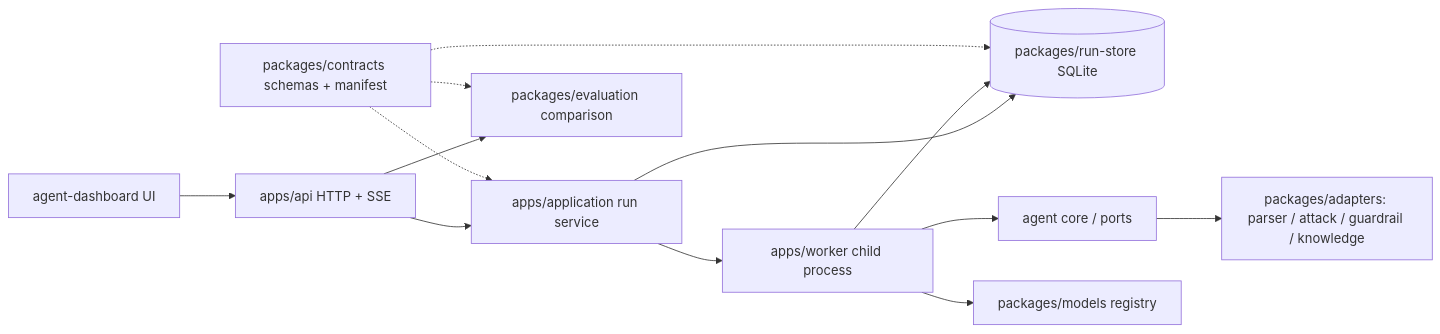
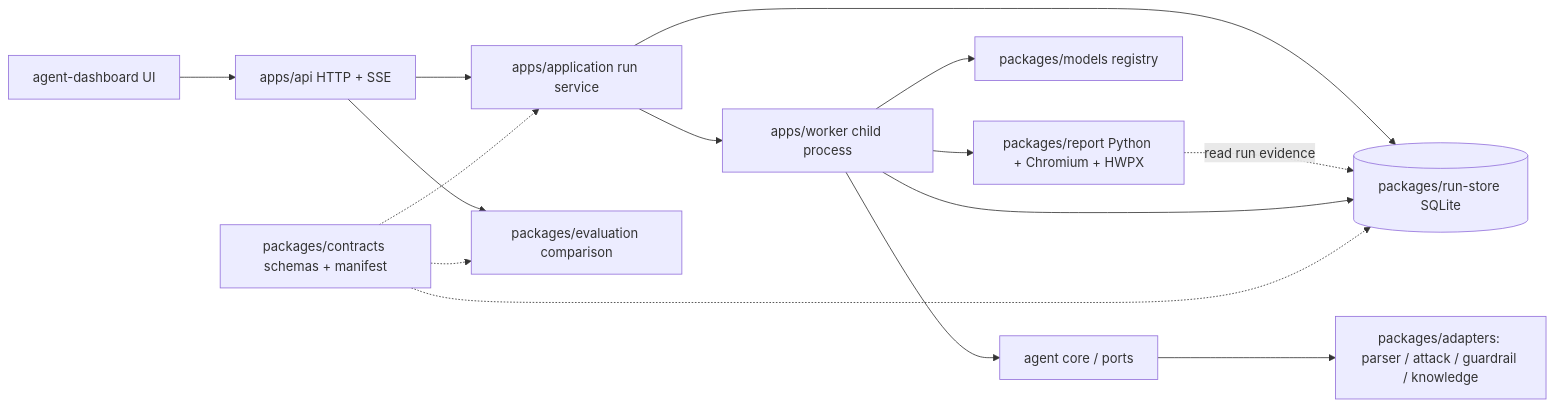
One commit to typemnm/FSL-CA3P changed the diagram in docs/ARCHITECTURE.md. Above: the diagram before and after it, drawn with Mermaid. The commit also changed other lines of this file and 41 other files, not shown here.

First line of the commit message:
feat(report): generate and download HWPX reports after agent runs

````diff
--- a/docs/ARCHITECTURE.md
+++ b/docs/ARCHITECTURE.md
@@ -3,15 +3,17 @@
 ```mermaid
 flowchart LR
   UI[agent-dashboard UI] --> API[apps/api HTTP + SSE]
   API --> APP[apps/application run service]
   APP --> DB[(packages/run-store SQLite)]
   APP --> WORKER[apps/worker child process]
   WORKER --> CORE[agent core / ports]
   CORE --> ADAPTER[packages/adapters: parser / attack / guardrail / knowledge]
   WORKER --> MODELS[packages/models registry]
+  WORKER --> REPORT[packages/report Python + Chromium + HWPX]
+  REPORT -.read run evidence.-> DB
   WORKER --> DB
   API --> EVAL[packages/evaluation comparison]
   CONTRACTS[packages/contracts schemas + manifest] -.-> APP
   CONTRACTS -.-> DB
   CONTRACTS -.-> EVAL
 ```
````
